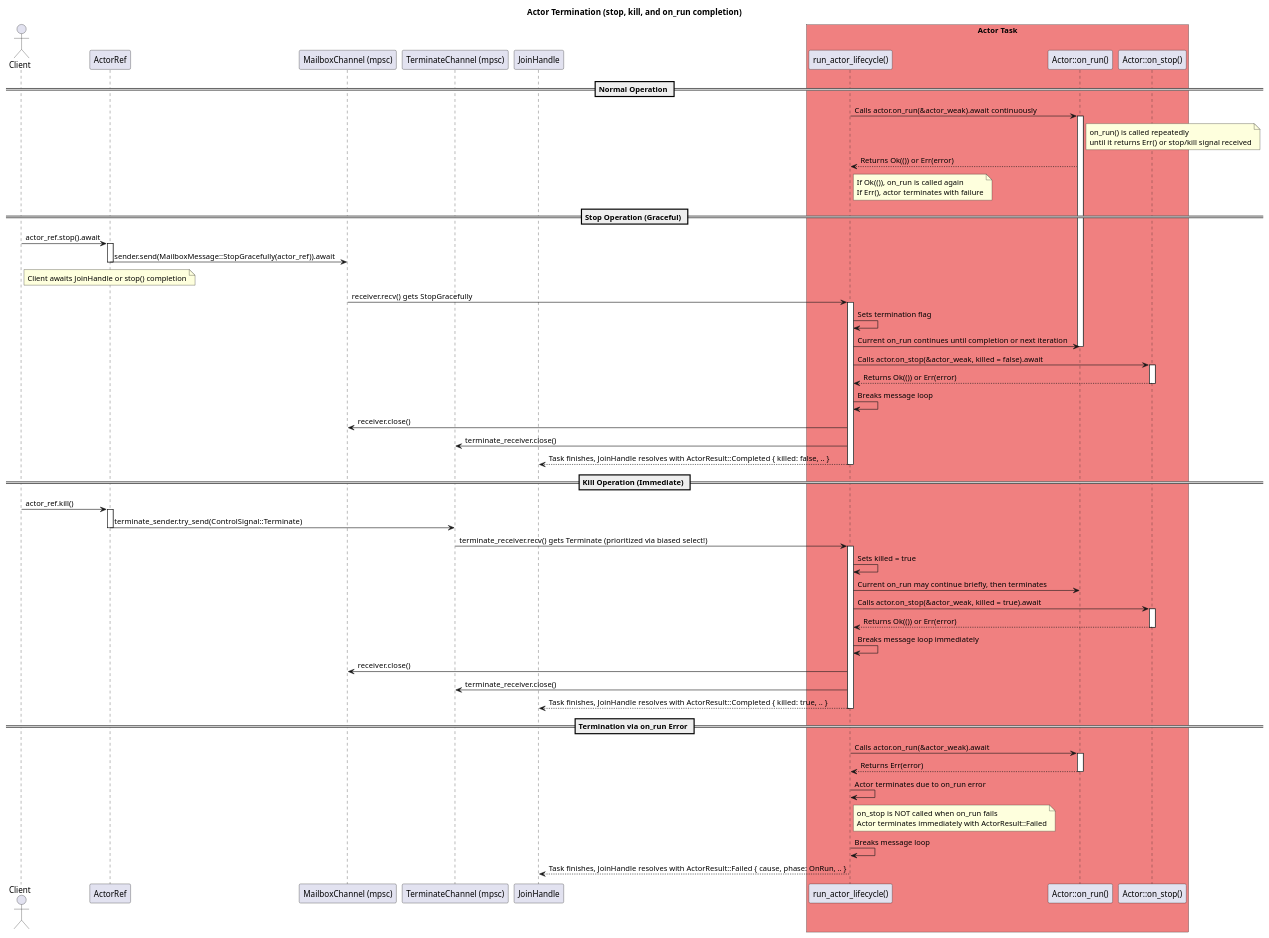
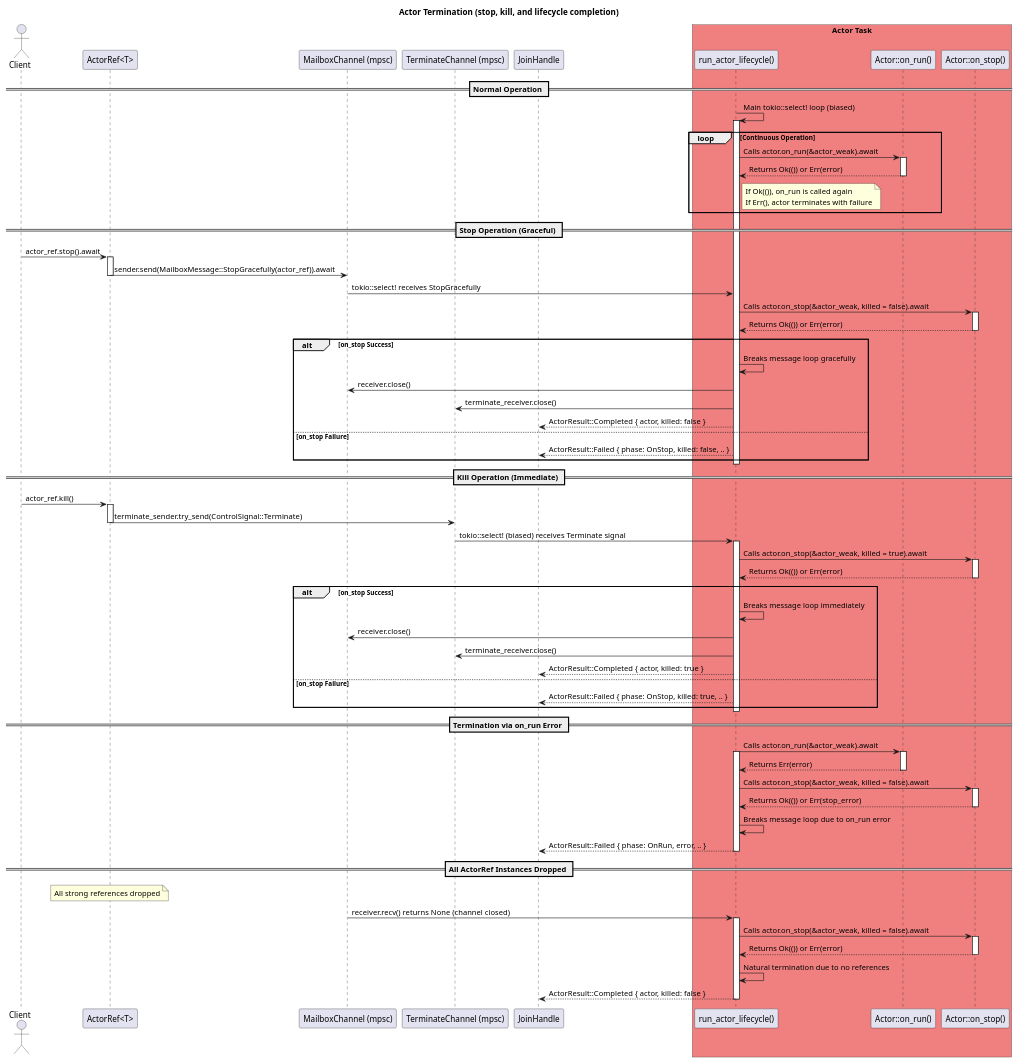
One commit to hiking90/rsactor changed the diagram in docs/termination.puml. Above: the diagram before and after it, drawn with PlantUML. The commit also changed 27 other files, not shown here.

First line of the commit message:
Add comprehensive documentation and diagrams for rsActor framework

```diff
--- a/docs/termination.puml
+++ b/docs/termination.puml
@@ -1,80 +1,103 @@
 @startuml Actor Termination
-title Actor Termination (stop, kill, and on_run completion)
+title Actor Termination (stop, kill, and lifecycle completion)
 
 actor Client
-participant "ActorRef" as ActorRef_obj
+participant "ActorRef<T>" as ActorRef_obj
 participant "MailboxChannel (mpsc)" as MailboxChannel
 participant "TerminateChannel (mpsc)" as TerminateChannel
 participant "run_actor_lifecycle()" as Lifecycle
 participant "Actor::on_run()" as on_run_method
 participant "Actor::on_stop()" as on_stop_method
 participant "JoinHandle" as JoinHandle_obj
 
 box "Actor Task" #LightCoral
     participant Lifecycle
     participant on_run_method
     participant on_stop_method
 end box
 
 == Normal Operation ==
-Lifecycle -> on_run_method: Calls actor.on_run(&actor_weak).await continuously
-activate on_run_method
-note right of on_run_method: on_run() is called repeatedly\nuntil it returns Err() or stop/kill signal received
-on_run_method --> Lifecycle: Returns Ok(()) or Err(error)
-note right of Lifecycle: If Ok(()), on_run is called again\nIf Err(), actor terminates with failure
+Lifecycle -> Lifecycle: Main tokio::select! loop (biased)
+activate Lifecycle
+loop Continuous Operation
+  Lifecycle -> on_run_method: Calls actor.on_run(&actor_weak).await
+  activate on_run_method
+  on_run_method --> Lifecycle: Returns Ok(()) or Err(error)
+  deactivate on_run_method
+  note right of Lifecycle: If Ok(()), on_run is called again\nIf Err(), actor terminates with failure
+end
 
 == Stop Operation (Graceful) ==
 Client -> ActorRef_obj: actor_ref.stop().await
 activate ActorRef_obj
 ActorRef_obj -> MailboxChannel: sender.send(MailboxMessage::StopGracefully(actor_ref)).await
 deactivate ActorRef_obj
-note right of Client: Client awaits JoinHandle or stop() completion
 
-MailboxChannel -> Lifecycle: receiver.recv() gets StopGracefully
-activate Lifecycle
-Lifecycle -> Lifecycle: Sets termination flag
-Lifecycle -> on_run_method: Current on_run continues until completion or next iteration
-deactivate on_run_method
+MailboxChannel -> Lifecycle: tokio::select! receives StopGracefully
 Lifecycle -> on_stop_method: Calls actor.on_stop(&actor_weak, killed = false).await
 activate on_stop_method
 on_stop_method --> Lifecycle: Returns Ok(()) or Err(error)
 deactivate on_stop_method
-Lifecycle -> Lifecycle: Breaks message loop
-Lifecycle -> MailboxChannel: receiver.close()
-Lifecycle -> TerminateChannel: terminate_receiver.close()
-Lifecycle --> JoinHandle_obj: Task finishes, JoinHandle resolves with ActorResult::Completed { killed: false, .. }
+
+alt on_stop Success
+  Lifecycle -> Lifecycle: Breaks message loop gracefully
+  Lifecycle -> MailboxChannel: receiver.close()
+  Lifecycle -> TerminateChannel: terminate_receiver.close()
+  Lifecycle --> JoinHandle_obj: ActorResult::Completed { actor, killed: false }
+else on_stop Failure
+  Lifecycle --> JoinHandle_obj: ActorResult::Failed { phase: OnStop, killed: false, .. }
+end
 deactivate Lifecycle
 
 == Kill Operation (Immediate) ==
 Client -> ActorRef_obj: actor_ref.kill()
 activate ActorRef_obj
 ActorRef_obj -> TerminateChannel: terminate_sender.try_send(ControlSignal::Terminate)
 deactivate ActorRef_obj
 
-TerminateChannel -> Lifecycle: terminate_receiver.recv() gets Terminate (prioritized via biased select!)
+TerminateChannel -> Lifecycle: tokio::select! (biased) receives Terminate signal
 activate Lifecycle
-Lifecycle -> Lifecycle: Sets killed = true
-Lifecycle -> on_run_method: Current on_run may continue briefly, then terminates
-deactivate on_run_method
 Lifecycle -> on_stop_method: Calls actor.on_stop(&actor_weak, killed = true).await
 activate on_stop_method
 on_stop_method --> Lifecycle: Returns Ok(()) or Err(error)
 deactivate on_stop_method
-Lifecycle -> Lifecycle: Breaks message loop immediately
-Lifecycle -> MailboxChannel: receiver.close()
-Lifecycle -> TerminateChannel: terminate_receiver.close()
-Lifecycle --> JoinHandle_obj: Task finishes, JoinHandle resolves with ActorResult::Completed { killed: true, .. }
+
+alt on_stop Success
+  Lifecycle -> Lifecycle: Breaks message loop immediately
+  Lifecycle -> MailboxChannel: receiver.close()
+  Lifecycle -> TerminateChannel: terminate_receiver.close()
+  Lifecycle --> JoinHandle_obj: ActorResult::Completed { actor, killed: true }
+else on_stop Failure
+  Lifecycle --> JoinHandle_obj: ActorResult::Failed { phase: OnStop, killed: true, .. }
+end
 deactivate Lifecycle
 
 == Termination via on_run Error ==
 Lifecycle -> on_run_method: Calls actor.on_run(&actor_weak).await
+activate Lifecycle
 activate on_run_method
 on_run_method --> Lifecycle: Returns Err(error)
 deactivate on_run_method
-Lifecycle -> Lifecycle: Actor terminates due to on_run error
-note right of Lifecycle: on_stop is NOT called when on_run fails\nActor terminates immediately with ActorResult::Failed
-Lifecycle -> Lifecycle: Breaks message loop
-Lifecycle --> JoinHandle_obj: Task finishes, JoinHandle resolves with ActorResult::Failed { cause, phase: OnRun, .. }
+
+Lifecycle -> on_stop_method: Calls actor.on_stop(&actor_weak, killed = false).await
+activate on_stop_method
+on_stop_method --> Lifecycle: Returns Ok(()) or Err(stop_error)
+deactivate on_stop_method
+
+Lifecycle -> Lifecycle: Breaks message loop due to on_run error
+Lifecycle --> JoinHandle_obj: ActorResult::Failed { phase: OnRun, error, .. }
+deactivate Lifecycle
+
+== All ActorRef Instances Dropped ==
+note over ActorRef_obj: All strong references dropped
+MailboxChannel -> Lifecycle: receiver.recv() returns None (channel closed)
+activate Lifecycle
+Lifecycle -> on_stop_method: Calls actor.on_stop(&actor_weak, killed = false).await
+activate on_stop_method
+on_stop_method --> Lifecycle: Returns Ok(()) or Err(error)
+deactivate on_stop_method
+Lifecycle -> Lifecycle: Natural termination due to no references
+Lifecycle --> JoinHandle_obj: ActorResult::Completed { actor, killed: false }
 deactivate Lifecycle
 
 @enduml
```
